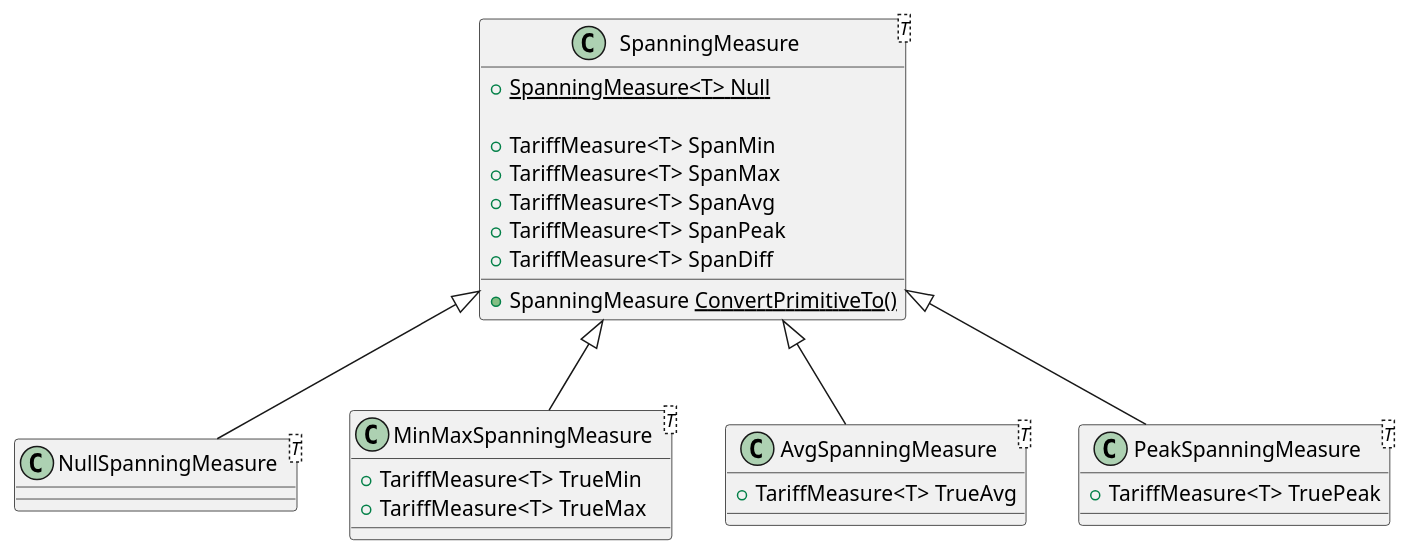
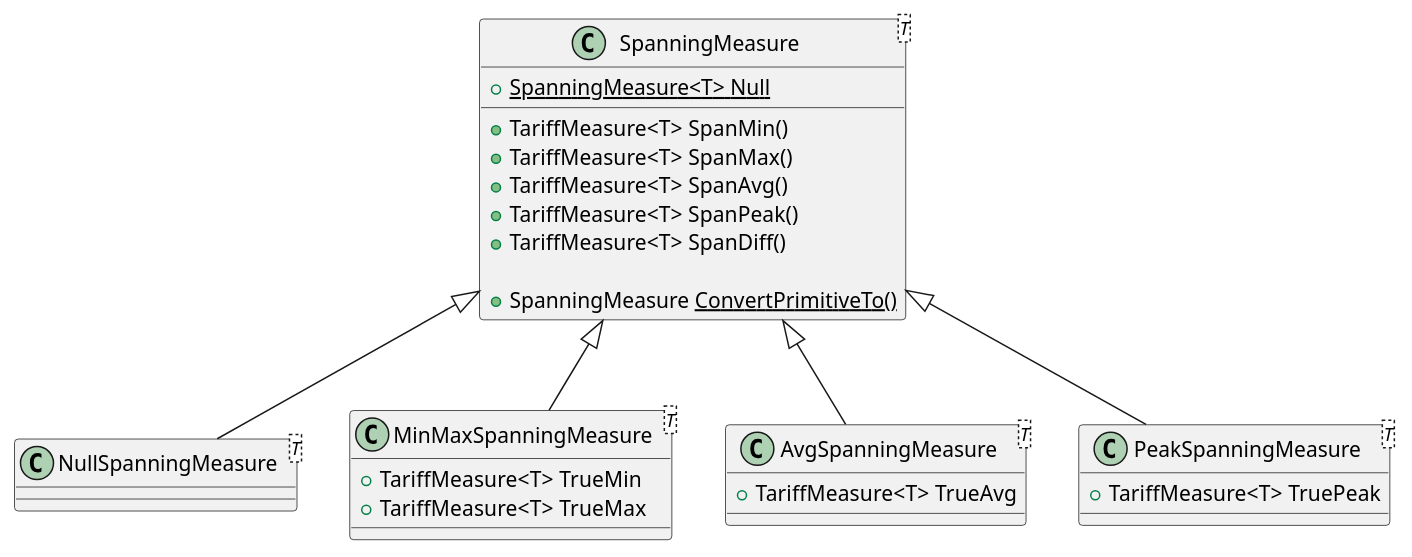
One commit to altibiz/ozds changed diagram 14 of 36 in docs/wiki/en/structure/business.md. Above: the diagram before and after it, drawn with PlantUML. The commit also changed other lines of this file and 53 other files, not shown here.

````diff
--- a/docs/wiki/en/structure/business.md
+++ b/docs/wiki/en/structure/business.md
@@ -514,41 +514,41 @@
 ```plantuml
 @startuml
 
 class SpanningMeasure<T>
 {
   + {static} SpanningMeasure<T> Null
 
-  + TariffMeasure<T> SpanMin
-  + TariffMeasure<T> SpanMax
-  + TariffMeasure<T> SpanAvg
-  + TariffMeasure<T> SpanPeak
-  + TariffMeasure<T> SpanDiff
+  + TariffMeasure<T> SpanMin()
+  + TariffMeasure<T> SpanMax()
+  + TariffMeasure<T> SpanAvg()
+  + TariffMeasure<T> SpanPeak()
+  + TariffMeasure<T> SpanDiff()
 
   + SpanningMeasure<U> ConvertPrimitiveTo<U>()
 }
 
 class NullSpanningMeasure<T>
 
 class MinMaxSpanningMeasure<T>
 {
   + TariffMeasure<T> TrueMin
   + TariffMeasure<T> TrueMax
 }
 
 class AvgSpanningMeasure<T>
 {
   + TariffMeasure<T> TrueAvg
 }
 
 class PeakSpanningMeasure<T>
 {
   + TariffMeasure<T> TruePeak
 }
 
 SpanningMeasure <|-- MinMaxSpanningMeasure
 SpanningMeasure <|-- AvgSpanningMeasure
 SpanningMeasure <|-- PeakSpanningMeasure
 SpanningMeasure <|-- NullSpanningMeasure
 
 @enduml
 ```
````
